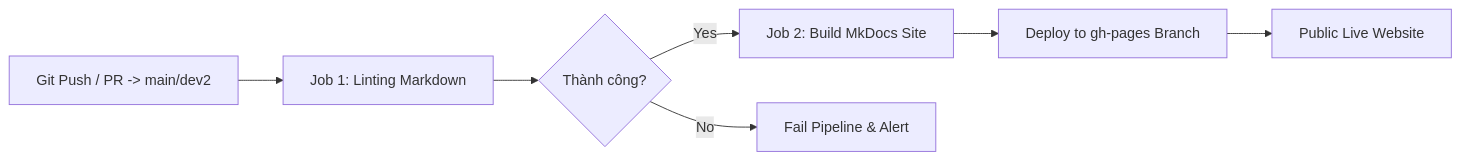
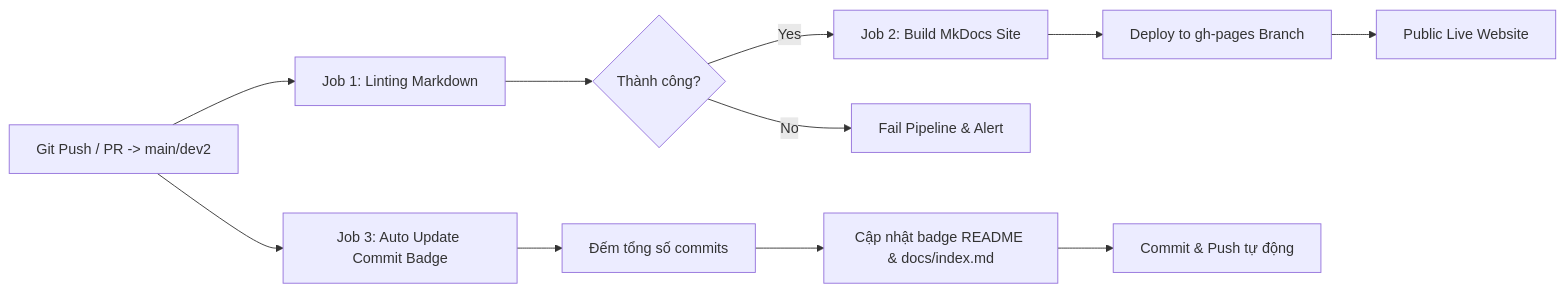
The diagram in docs/deployment.md (doctor-cato/web-application-development), drawn with Mermaid before and after one commit. The commit also changed other lines of this file and 8 other files, not shown here.

First line of the commit message:
docs(all): update docs to v3.0.7 — 360 commits, CineMatch, Admin Portal, Staff POS, QR payment, add auto-badge CI workflow

````diff
--- a/docs/deployment.md
+++ b/docs/deployment.md
@@ -15,9 +15,13 @@
 ```mermaid
 graph LR
     A[Git Push / PR -> main/dev2] --> B[Job 1: Linting Markdown]
     B --> C{Thành công?}
     C -- Yes --> D[Job 2: Build MkDocs Site]
     D --> E[Deploy to gh-pages Branch]
     E --> F[Public Live Website]
     C -- No --> G[Fail Pipeline & Alert]
+    A --> H[Job 3: Auto Update Commit Badge]
+    H --> I[Đếm tổng số commits]
+    I --> J[Cập nhật badge README & docs/index.md]
+    J --> K[Commit & Push tự động]
 ```
````
